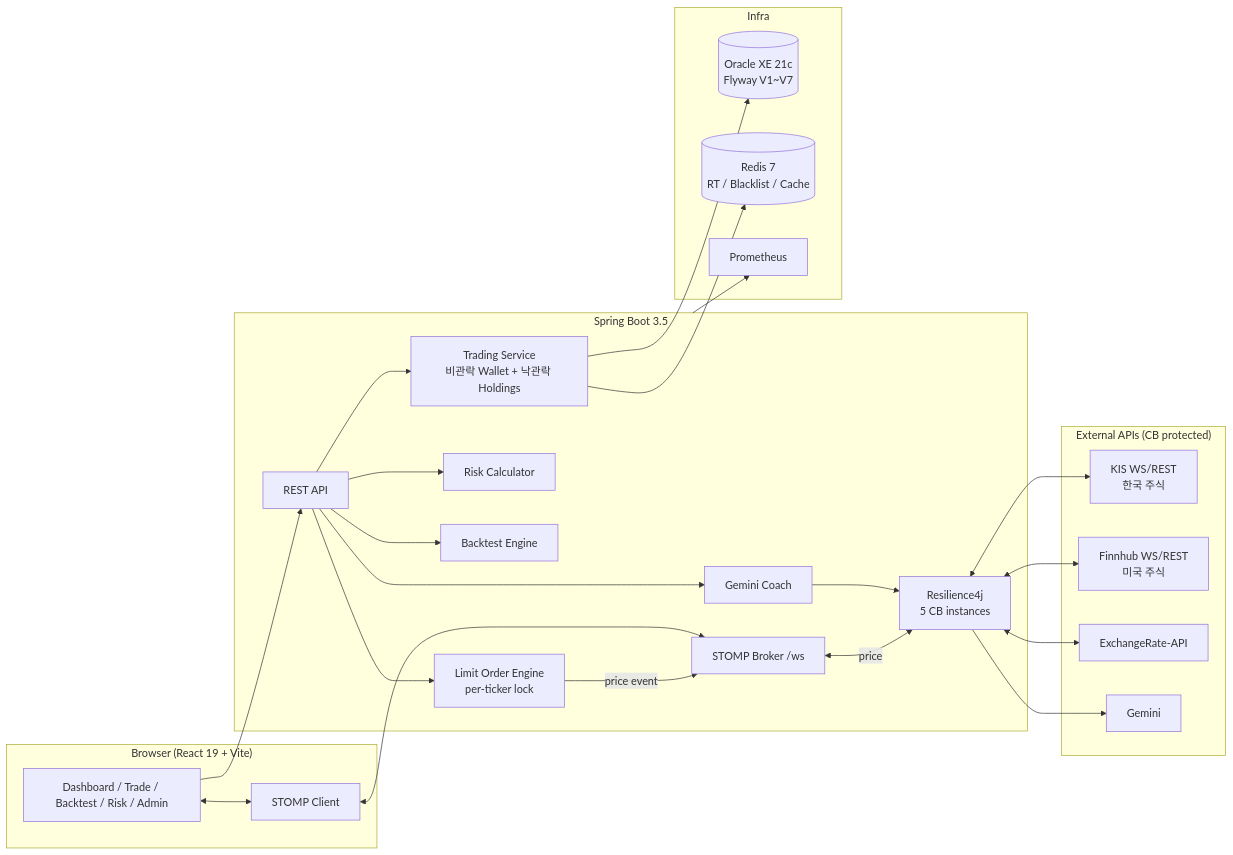
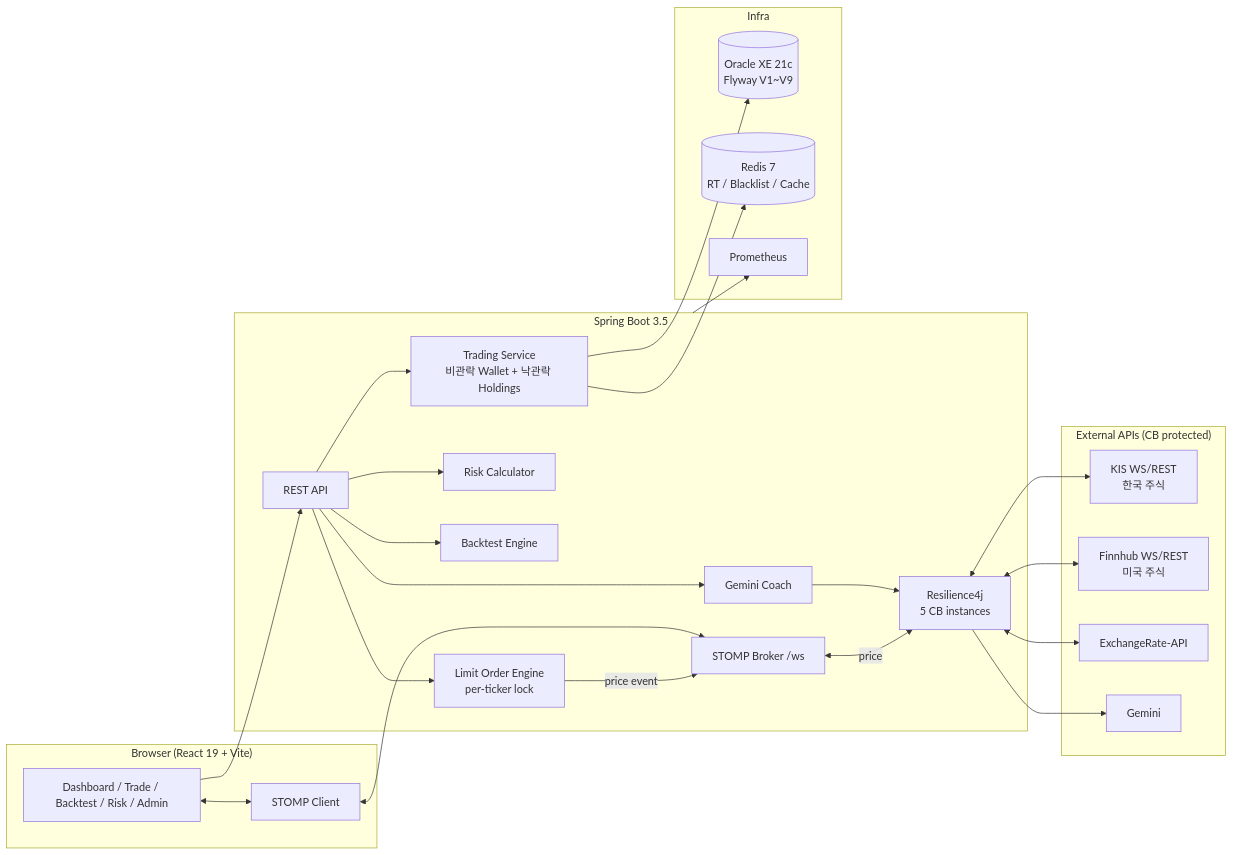
The first of 5 diagrams in README.md (dinf7605/mockvibe), drawn with Mermaid before and after one commit. The commit also changed other lines of this file, not shown here.

````diff
--- a/README.md
+++ b/README.md
@@ -53,42 +53,42 @@
 ```mermaid
 flowchart LR
     subgraph Client["Browser (React 19 + Vite)"]
         UI[Dashboard / Trade / Backtest / Risk / Admin]
         STOMPCli[STOMP Client]
     end
 
     subgraph Backend["Spring Boot 3.5"]
         REST[REST API]
         WS[STOMP Broker /ws]
         Trading[Trading Service<br/>비관락 Wallet + 낙관락 Holdings]
         Limit[Limit Order Engine<br/>per-ticker lock]
         Risk[Risk Calculator]
         BT[Backtest Engine]
         AI[Gemini Coach]
         CB[Resilience4j<br/>5 CB instances]
     end
 
     subgraph External["External APIs (CB protected)"]
         KIS[KIS WS/REST<br/>한국 주식]
         FH[Finnhub WS/REST<br/>미국 주식]
         FX[ExchangeRate-API]
         Gem[Gemini]
     end
 
     subgraph Infra["Infra"]
-        Oracle[(Oracle XE 21c<br/>Flyway V1~V7)]
+        Oracle[(Oracle XE 21c<br/>Flyway V1~V9)]
         Redis[(Redis 7<br/>RT / Blacklist / Cache)]
         Prom[Prometheus]
     end
 
     UI --> REST
     UI <--> STOMPCli
     STOMPCli <--> WS
     REST --> Trading & Limit & Risk & BT & AI
     Trading --> Oracle & Redis
     Limit -- price event --> WS
     AI --> CB --> Gem
     WS <-- price --> CB
     CB <--> KIS & FH & FX
     Backend --> Prom
 ```
````
